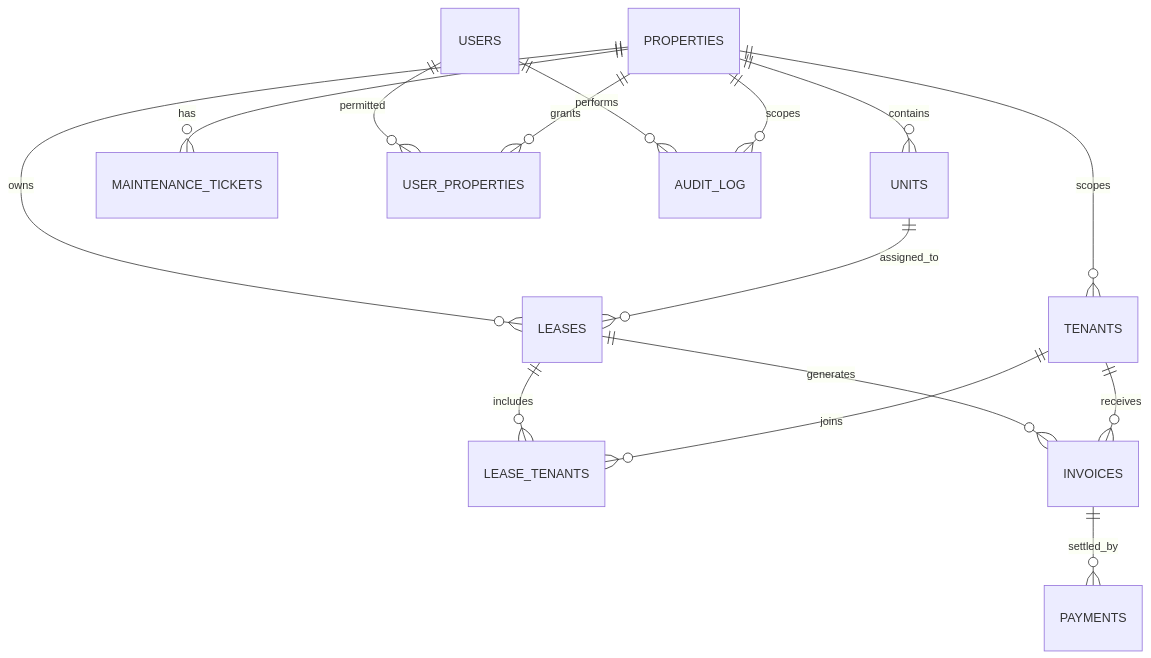
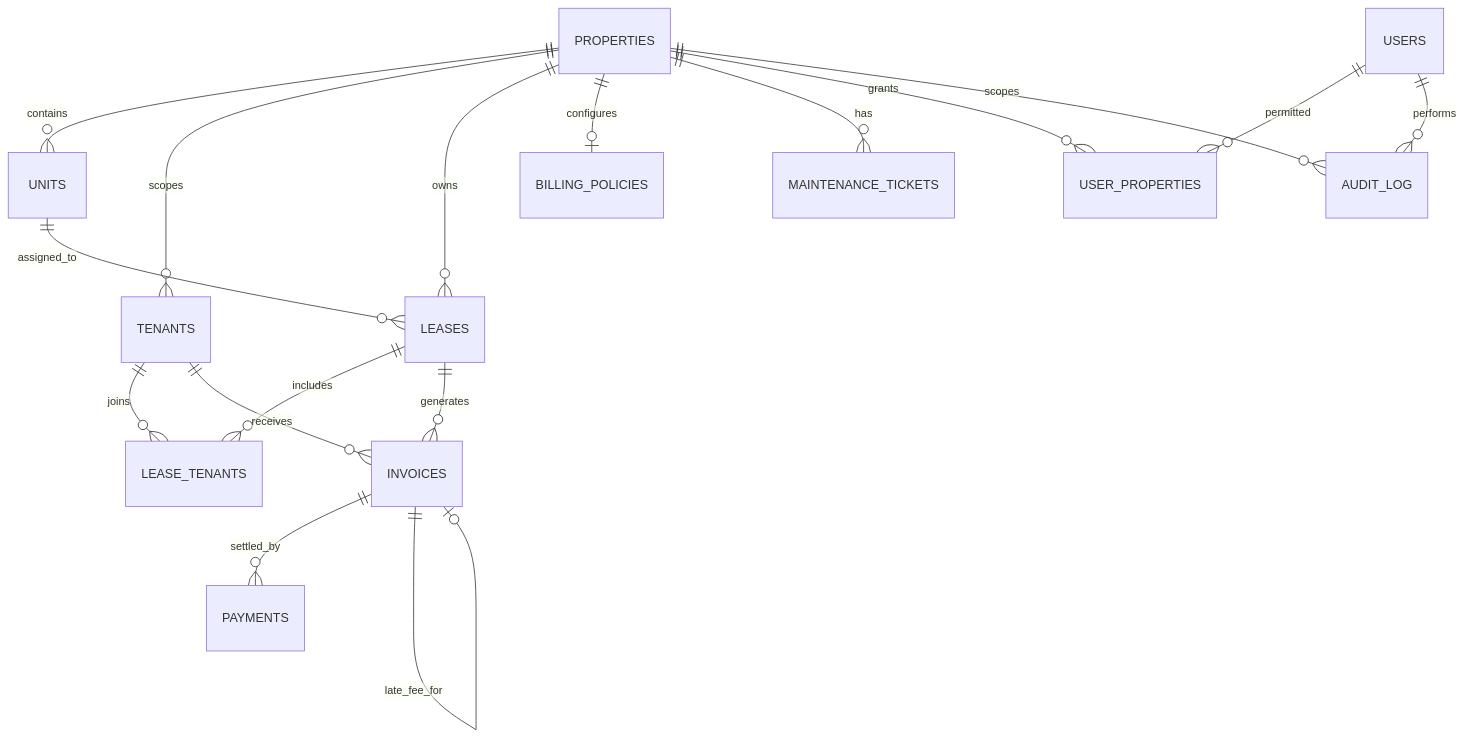
One commit to smeetbuilds/nivasaos changed the diagram in README.md. Above: the diagram before and after it, drawn with Mermaid. The commit also changed other lines of this file and 47 other files, not shown here.

````diff
--- a/README.md
+++ b/README.md
@@ -208,17 +229,19 @@
 ```mermaid
 erDiagram
   PROPERTIES ||--o{ UNITS : contains
   PROPERTIES ||--o{ TENANTS : scopes
   PROPERTIES ||--o{ LEASES : owns
   UNITS ||--o{ LEASES : assigned_to
   LEASES ||--o{ LEASE_TENANTS : includes
   TENANTS ||--o{ LEASE_TENANTS : joins
   LEASES ||--o{ INVOICES : generates
   TENANTS ||--o{ INVOICES : receives
   INVOICES ||--o{ PAYMENTS : settled_by
+  INVOICES ||--o| INVOICES : late_fee_for
+  PROPERTIES ||--o| BILLING_POLICIES : configures
   PROPERTIES ||--o{ MAINTENANCE_TICKETS : has
   USERS ||--o{ USER_PROPERTIES : permitted
   PROPERTIES ||--o{ USER_PROPERTIES : grants
   USERS ||--o{ AUDIT_LOG : performs
   PROPERTIES ||--o{ AUDIT_LOG : scopes
 ```
````
